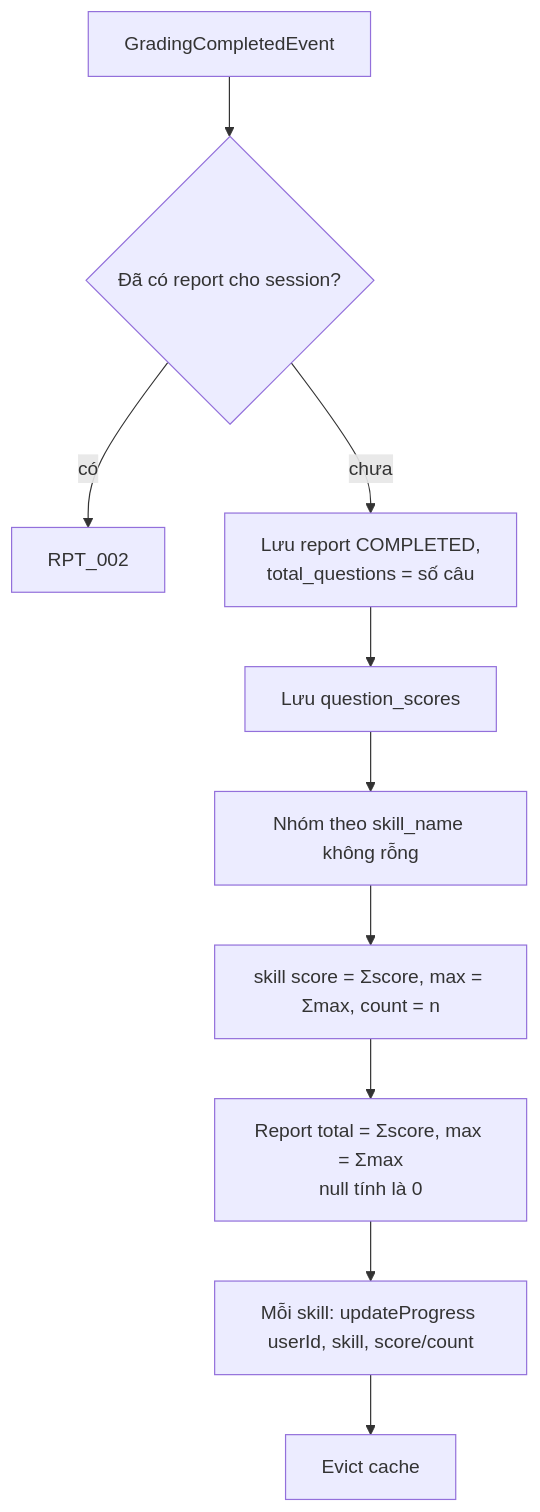
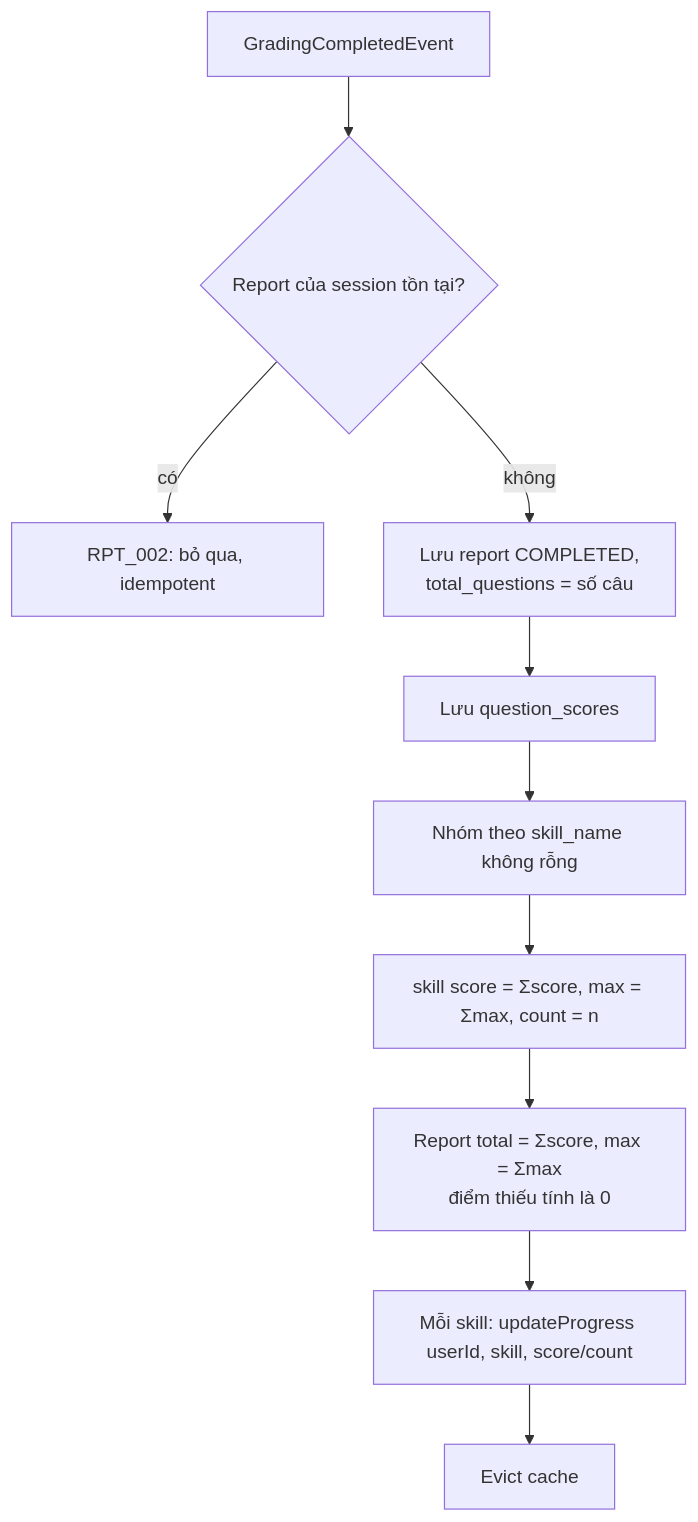
One commit to ngohoangg/intelli-hire changed the second of 2 diagrams in docs/services/report-service.md. Above: the diagram before and after it, drawn with Mermaid. The commit also changed other lines of this file and 19 other files, not shown here.

````diff
--- a/docs/services/report-service.md
+++ b/docs/services/report-service.md
@@ -92,12 +101,12 @@
 ```mermaid
 flowchart TD
-    A[GradingCompletedEvent] --> B{Đã có report cho session?}
-    B -- có --> X[RPT_002]
-    B -- chưa --> C[Lưu report COMPLETED,<br/>total_questions = số câu]
+    A[GradingCompletedEvent] --> B{Report của session tồn tại?}
+    B -- có --> X[RPT_002: bỏ qua, idempotent]
+    B -- không --> C[Lưu report COMPLETED,<br/>total_questions = số câu]
     C --> D[Lưu question_scores]
     D --> E[Nhóm theo skill_name không rỗng]
     E --> F[skill score = Σscore, max = Σmax, count = n]
-    F --> G[Report total = Σscore, max = Σmax<br/>null tính là 0]
+    F --> G[Report total = Σscore, max = Σmax<br/>điểm thiếu tính là 0]
     G --> H[Mỗi skill: updateProgress userId, skill, score/count]
     H --> I[Evict cache]
 ```
````
